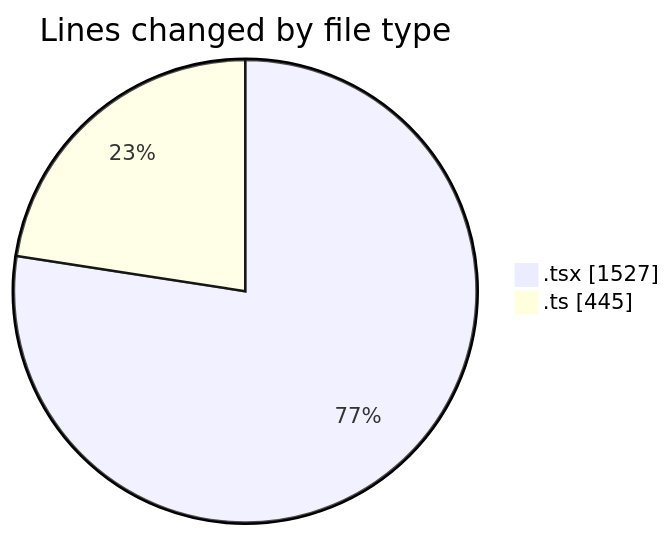
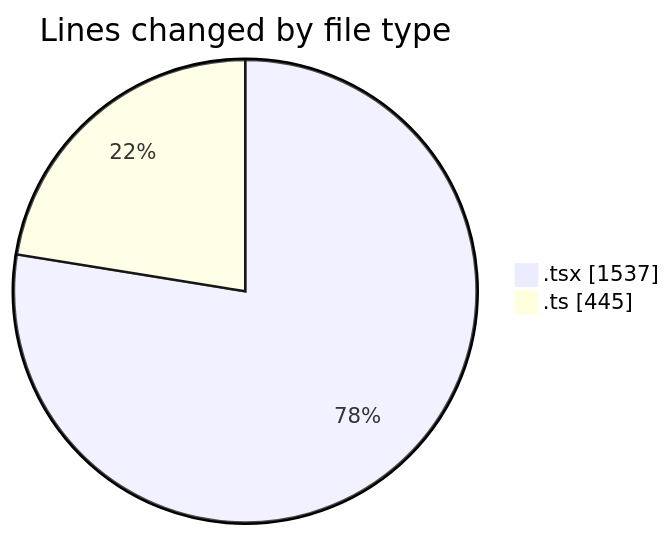
One commit to robertbonfada/code-tracking changed the first of 2 diagrams in 2025-01-30/mbc-web/README.md. Above: the diagram before and after it, drawn with Mermaid. The commit also changed other lines of this file and 1 other file, not shown here.

````diff
--- a/2025-01-30/mbc-web/README.md
+++ b/2025-01-30/mbc-web/README.md
@@ -30,6 +30,6 @@
 ```mermaid
 pie showData
 title Lines changed by file type
-".tsx" : 1527
+".tsx" : 1537
 ".ts" : 445
 ```
````
